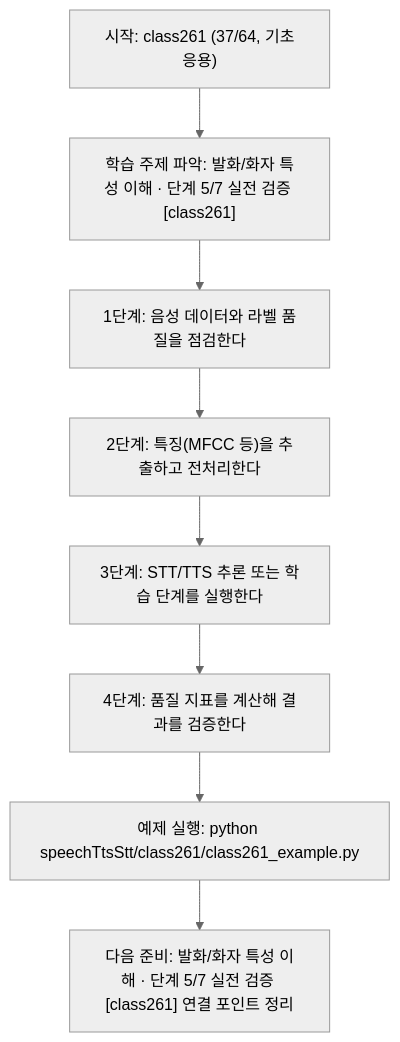
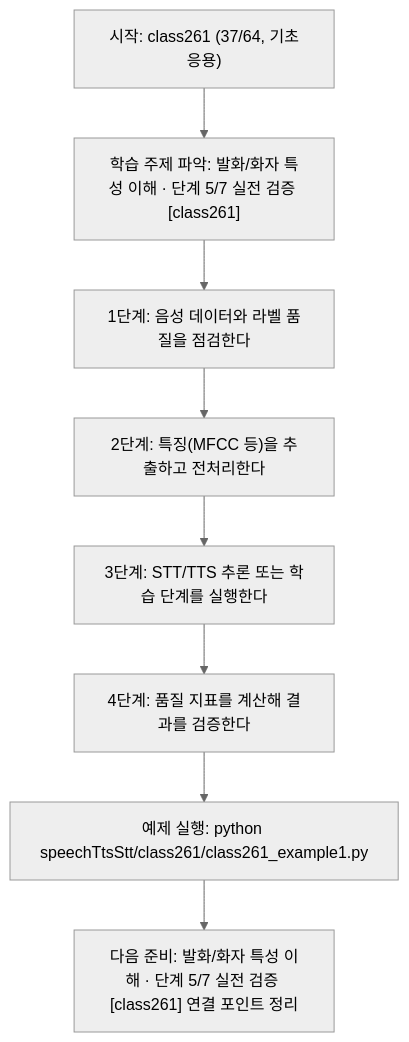
Before and after one commit to edumgt/Python-AI_Agent-Class: the diagram in speechTtsStt/class261/class261.md, drawn with Mermaid (neutral theme). The commit also changed other lines of this file and 2959 other files, not shown here.

````diff
--- a/speechTtsStt/class261/class261.md
+++ b/speechTtsStt/class261/class261.md
@@ -115,18 +115,18 @@
 ```mermaid
 flowchart TD
 N1["시작: class261 (37/64, 기초응용)"]
 N2["학습 주제 파악: 발화/화자 특성 이해 · 단계 5/7 실전 검증 [class261]"]
 N3["1단계: 음성 데이터와 라벨 품질을 점검한다"]
 N4["2단계: 특징(MFCC 등)을 추출하고 전처리한다"]
 N5["3단계: STT/TTS 추론 또는 학습 단계를 실행한다"]
 N6["4단계: 품질 지표를 계산해 결과를 검증한다"]
-N7["예제 실행: python speechTtsStt/class261/class261_example.py"]
+N7["예제 실행: python speechTtsStt/class261/class261_example1.py"]
 N8["다음 준비: 발화/화자 특성 이해 · 단계 5/7 실전 검증 [class261] 연결 포인트 정리"]
 N1 --> N2
 N2 --> N3
 N3 --> N4
 N4 --> N5
 N5 --> N6
 N6 --> N7
 N7 --> N8
 ```
````
